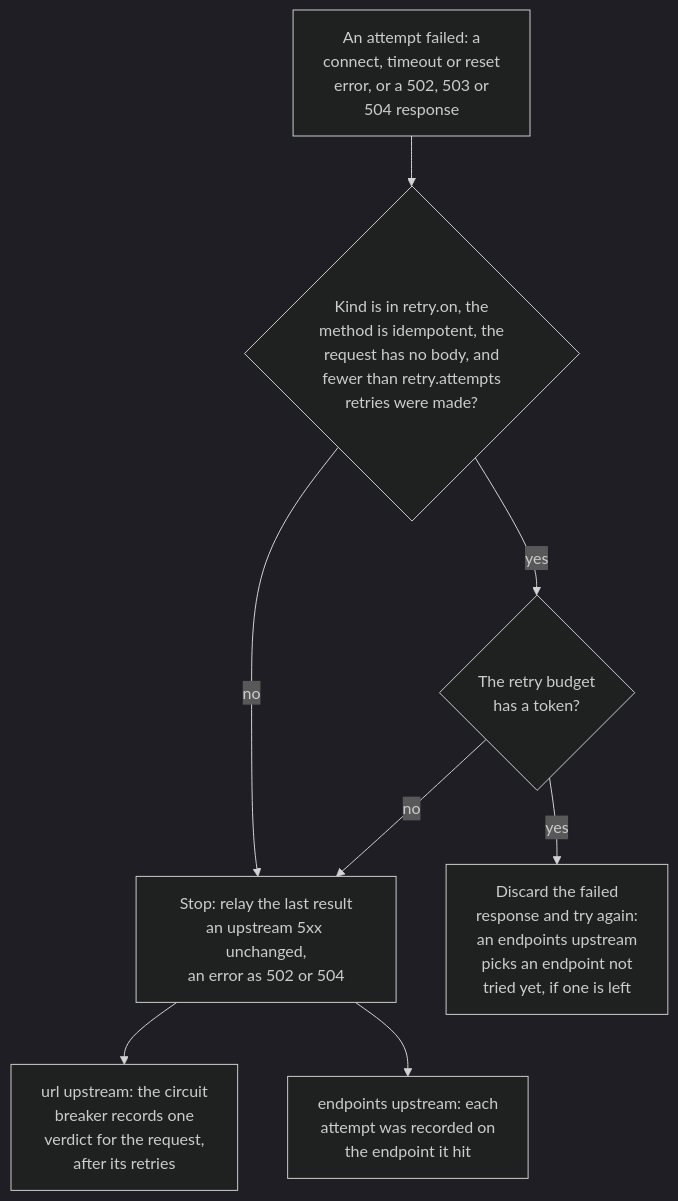
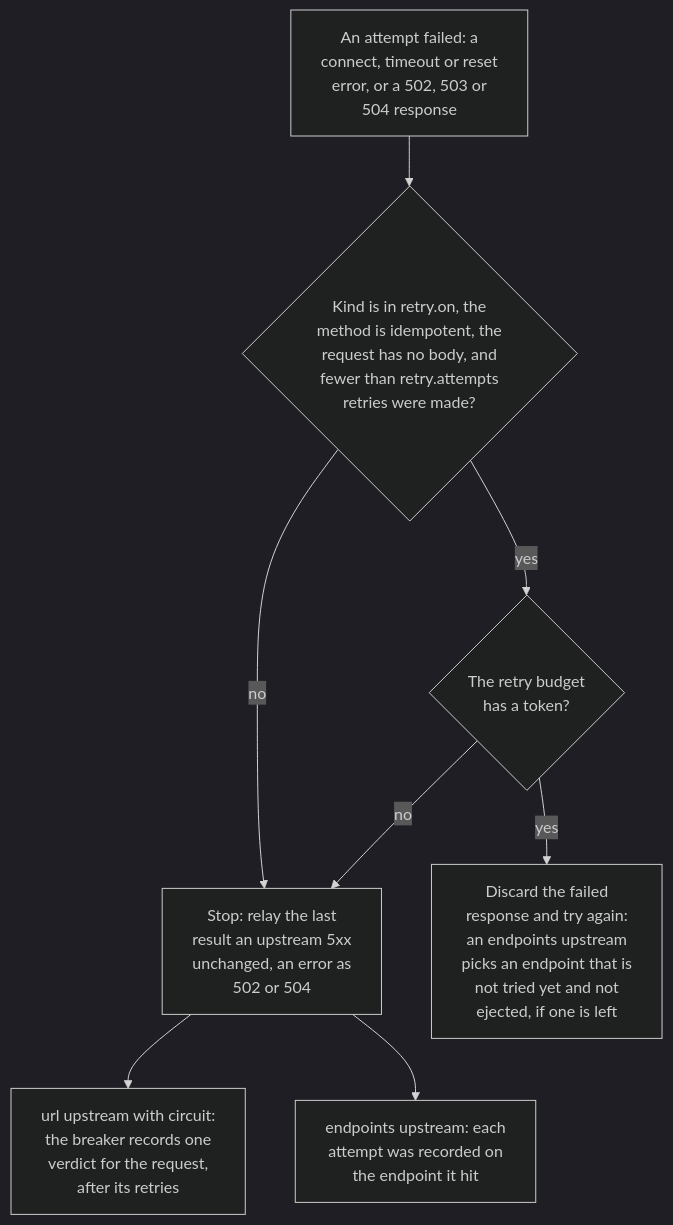
One commit to BlivionIaG/sjws_nettask changed the fifth of 6 diagrams in docs/design/proxy-routing.md. Above: the diagram before and after it, drawn with Mermaid (dark theme). The commit also changed other lines of this file and 19 other files, not shown here.

First line of the commit message:
docs: fix the diagrams the fact-check found imprecise

````diff
--- a/docs/design/proxy-routing.md
+++ b/docs/design/proxy-routing.md
@@ -174,10 +174,10 @@
 ```mermaid
 flowchart TD
     f["An attempt failed: a<br/>connect, timeout or reset<br/>error, or a 502, 503 or<br/>504 response"] --> a{"Kind is in retry.on, the<br/>method is idempotent, the<br/>request has no body, and<br/>fewer than retry.attempts<br/>retries were made?"}
-    a -->|no| v["Stop: relay the last result<br/>an upstream 5xx unchanged,<br/>an error as 502 or 504"]
+    a -->|no| v["Stop: relay the last<br/>result an upstream 5xx<br/>unchanged, an error as<br/>502 or 504"]
     a -->|yes| b{"The retry budget<br/>has a token?"}
     b -->|no| v
-    b -->|yes| n["Discard the failed<br/>response and try again:<br/>an endpoints upstream<br/>picks an endpoint not<br/>tried yet, if one is left"]
-    v --> c["url upstream: the circuit<br/>breaker records one<br/>verdict for the request,<br/>after its retries"]
+    b -->|yes| n["Discard the failed<br/>response and try again:<br/>an endpoints upstream<br/>picks an endpoint that is<br/>not tried yet and not<br/>ejected, if one is left"]
+    v --> c["url upstream with circuit:<br/>the breaker records one<br/>verdict for the request,<br/>after its retries"]
     v --> ce["endpoints upstream: each<br/>attempt was recorded on<br/>the endpoint it hit"]
 ```
````
